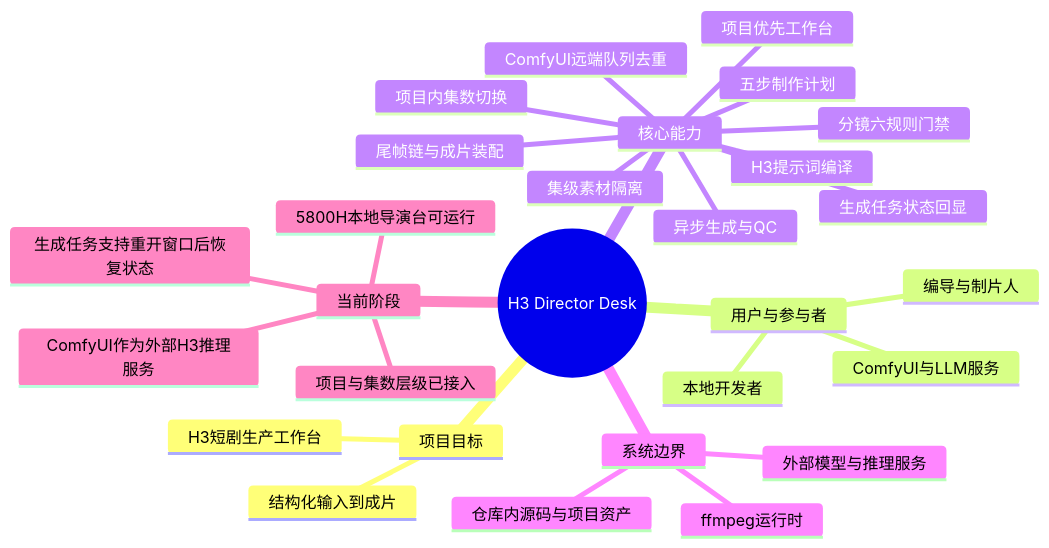
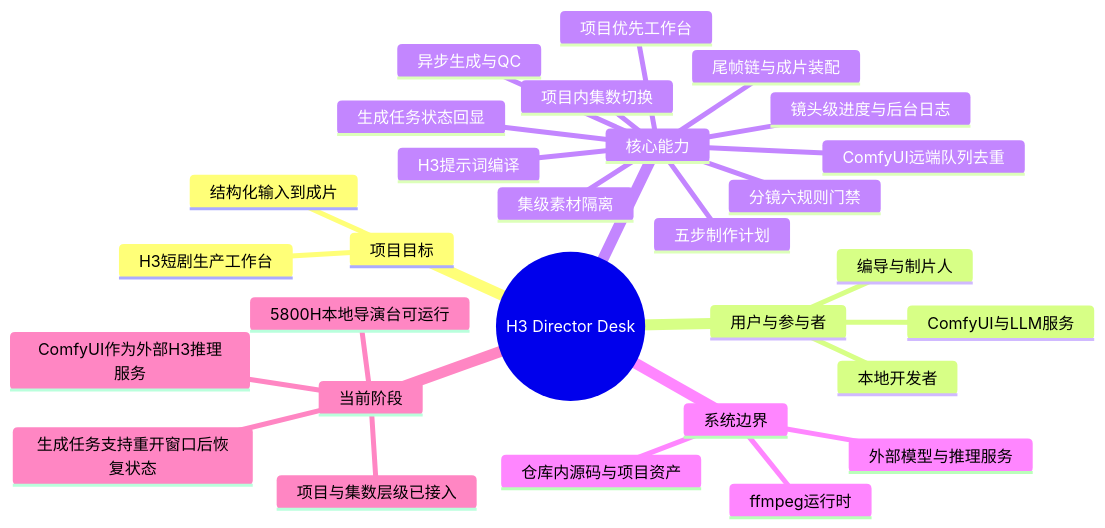
One commit to Exalex/h3-director-desk changed the diagram in docs/project-evolution/mindmaps/project-overview.md. Above: the diagram before and after it, drawn with Mermaid. The commit also changed 11 other files, not shown here.

````diff
--- a/docs/project-evolution/mindmaps/project-overview.md
+++ b/docs/project-evolution/mindmaps/project-overview.md
@@ -3,31 +3,32 @@
 ```mermaid
 mindmap
   root((H3 Director Desk))
     项目目标
       H3短剧生产工作台
       结构化输入到成片
     用户与参与者
       编导与制片人
       本地开发者
       ComfyUI与LLM服务
     核心能力
       项目优先工作台
       项目内集数切换
       集级素材隔离
       五步制作计划
       分镜六规则门禁
       H3提示词编译
       异步生成与QC
       生成任务状态回显
       ComfyUI远端队列去重
+      镜头级进度与后台日志
       尾帧链与成片装配
     系统边界
       仓库内源码与项目资产
       外部模型与推理服务
       ffmpeg运行时
     当前阶段
       5800H本地导演台可运行
       项目与集数层级已接入
       ComfyUI作为外部H3推理服务
       生成任务支持重开窗口后恢复状态
 ```
````
